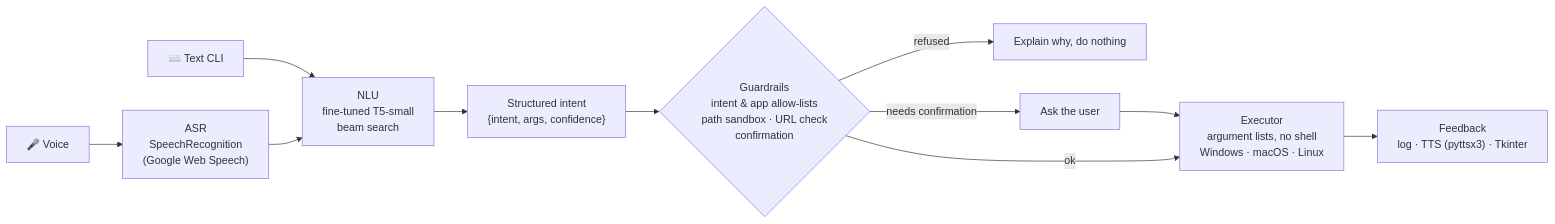
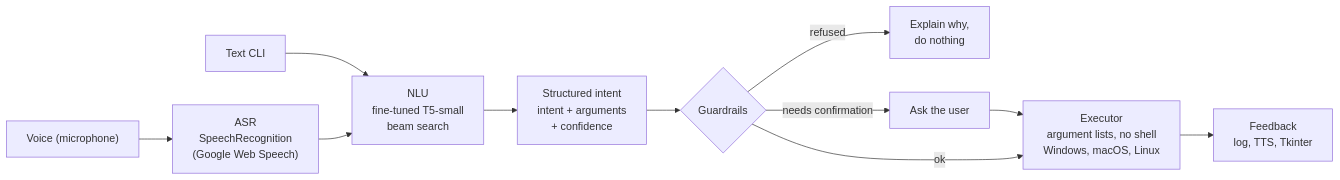
Before and after one commit to benk-007/voice-os-agent: the diagram in README.md, drawn with Mermaid. The commit also changed other lines of this file, not shown here.

Commit message:
Fix Mermaid diagram rendering on GitHub
Use plain ASCII quoted labels (no emoji, braces or ampersand in labels).

````diff
--- a/README.md
+++ b/README.md
@@ -16,12 +16,13 @@
 ```mermaid
 flowchart LR
-    A[🎤 Voice] --> B["ASR<br/>SpeechRecognition<br/>(Google Web Speech)"]
-    T[⌨️ Text CLI] --> C
+    A["Voice (microphone)"] --> B["ASR<br/>SpeechRecognition<br/>(Google Web Speech)"]
+    T["Text CLI"] --> C
     B --> C["NLU<br/>fine-tuned T5-small<br/>beam search"]
-    C --> D["Structured intent<br/>{intent, args, confidence}"]
-    D --> E{"Guardrails<br/>intent & app allow-lists<br/>path sandbox · URL check<br/>confirmation"}
-    E -- refused --> R[Explain why, do nothing]
-    E -- needs confirmation --> U[Ask the user] --> F
-    E -- ok --> F["Executor<br/>argument lists, no shell<br/>Windows · macOS · Linux"]
-    F --> G["Feedback<br/>log · TTS (pyttsx3) · Tkinter"]
+    C --> D["Structured intent<br/>intent + arguments<br/>+ confidence"]
+    D --> E{"Guardrails"}
+    E -->|refused| R["Explain why,<br/>do nothing"]
+    E -->|needs confirmation| U["Ask the user"]
+    U --> F
+    E -->|ok| F["Executor<br/>argument lists, no shell<br/>Windows, macOS, Linux"]
+    F --> G["Feedback<br/>log, TTS, Tkinter"]
 ```
````
